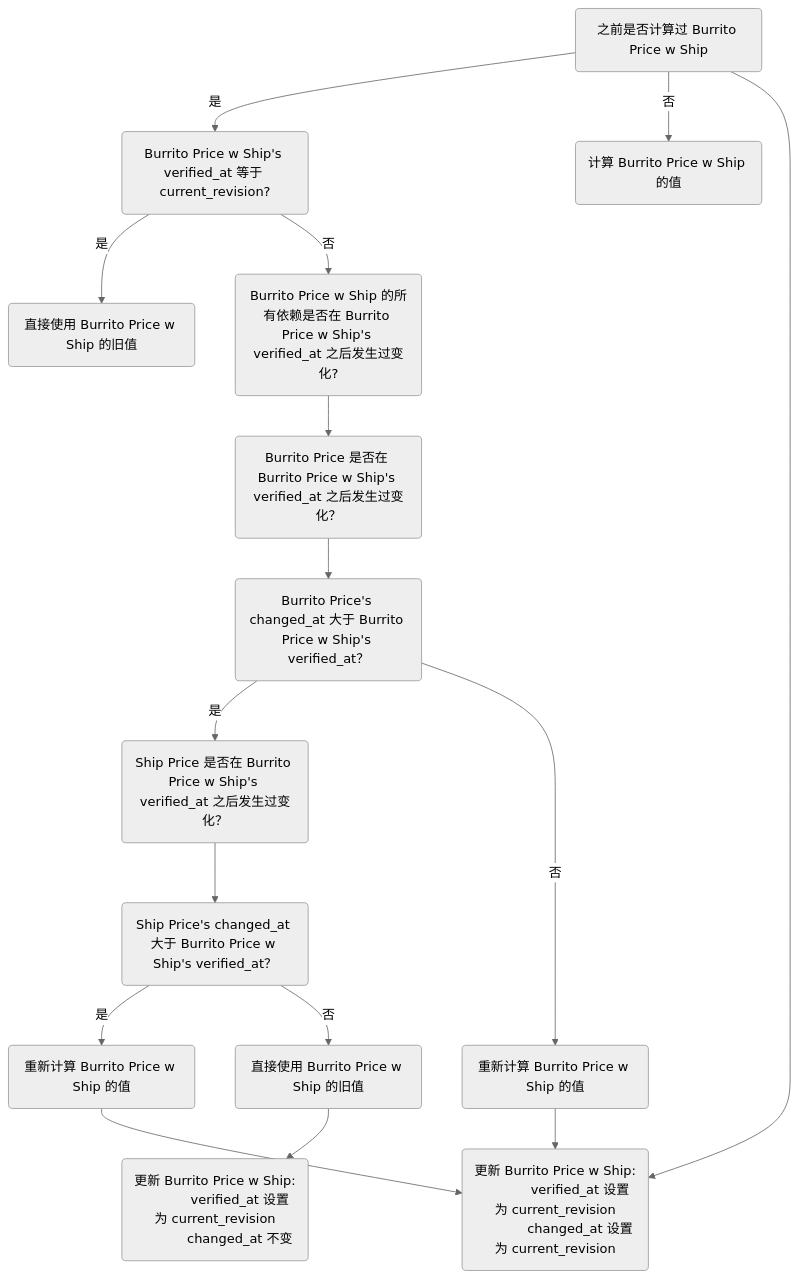
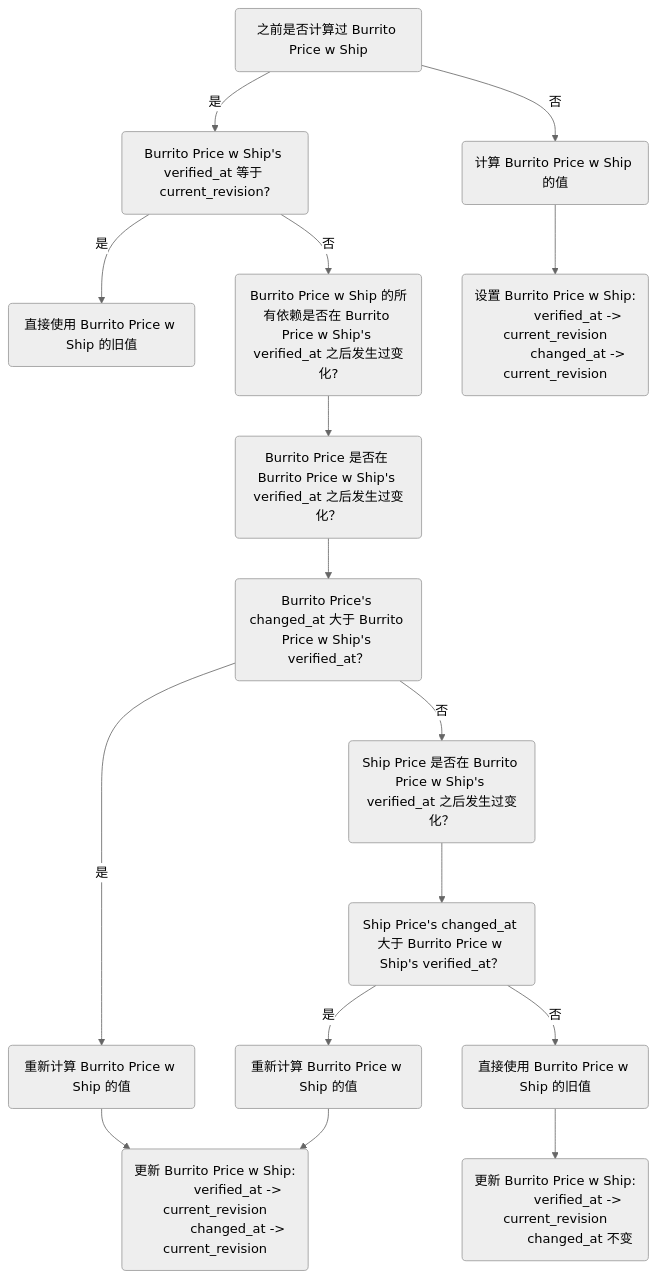
Before and after one commit to xffxff/xffxff.github.io: the fifth of 8 diagrams in drafts/salsa.md, drawn with Mermaid (neutral theme). The commit also changed other lines of this file, not shown here.

````diff
--- a/drafts/salsa.md
+++ b/drafts/salsa.md
@@ -134,27 +134,30 @@
 ```mermaid
 graph TD
     A("之前是否计算过 Burrito Price w Ship")
     A --> |是| B("Burrito Price w Ship's verified_at 等于 current_revision?")
     A --> |否| E("计算 Burrito Price w Ship 的值")
     B --> |是| C("直接使用 Burrito Price w Ship 的旧值")
 
     B --> |否| D("Burrito Price w Ship 的所有依赖是否在 Burrito Price w Ship's verified_at 之后发生过变化?")
     F("Burrito Price 是否在 Burrito Price w Ship's verified_at 之后发生过变化？")
     D --> F
     G("Burrito Price's changed_at 大于 Burrito Price w Ship's verified_at？")
     F --> G
-    G --> |是| H("Ship Price 是否在 Burrito Price w Ship's verified_at 之后发生过变化？")
-    G --> |否| L("重新计算 Burrito Price w Ship 的值")
+    G --> |是| L("重新计算 Burrito Price w Ship 的值")
+    G --> |否| H("Ship Price 是否在 Burrito Price w Ship's verified_at 之后发生过变化？")
     H --> I("Ship Price's changed_at 大于 Burrito Price w Ship's verified_at？")
     I --> |是| J("重新计算 Burrito Price w Ship 的值")
     I --> |否| K("直接使用 Burrito Price w Ship 的旧值")
     K --> M("更新 Burrito Price w Ship:
-            verified_at 设置为 current_revision
+            verified_at -> current_revision
             changed_at 不变")
     N("更新 Burrito Price w Ship:
-            verified_at 设置为 current_revision
-            changed_at 设置为 current_revision")
+            verified_at -> current_revision
+            changed_at -> current_revision")
     J --> N
     L --> N
-    A --> N
+    O("设置 Burrito Price w Ship:
+            verified_at -> current_revision
+            changed_at -> current_revision")
+    E --> O
 ```
````
